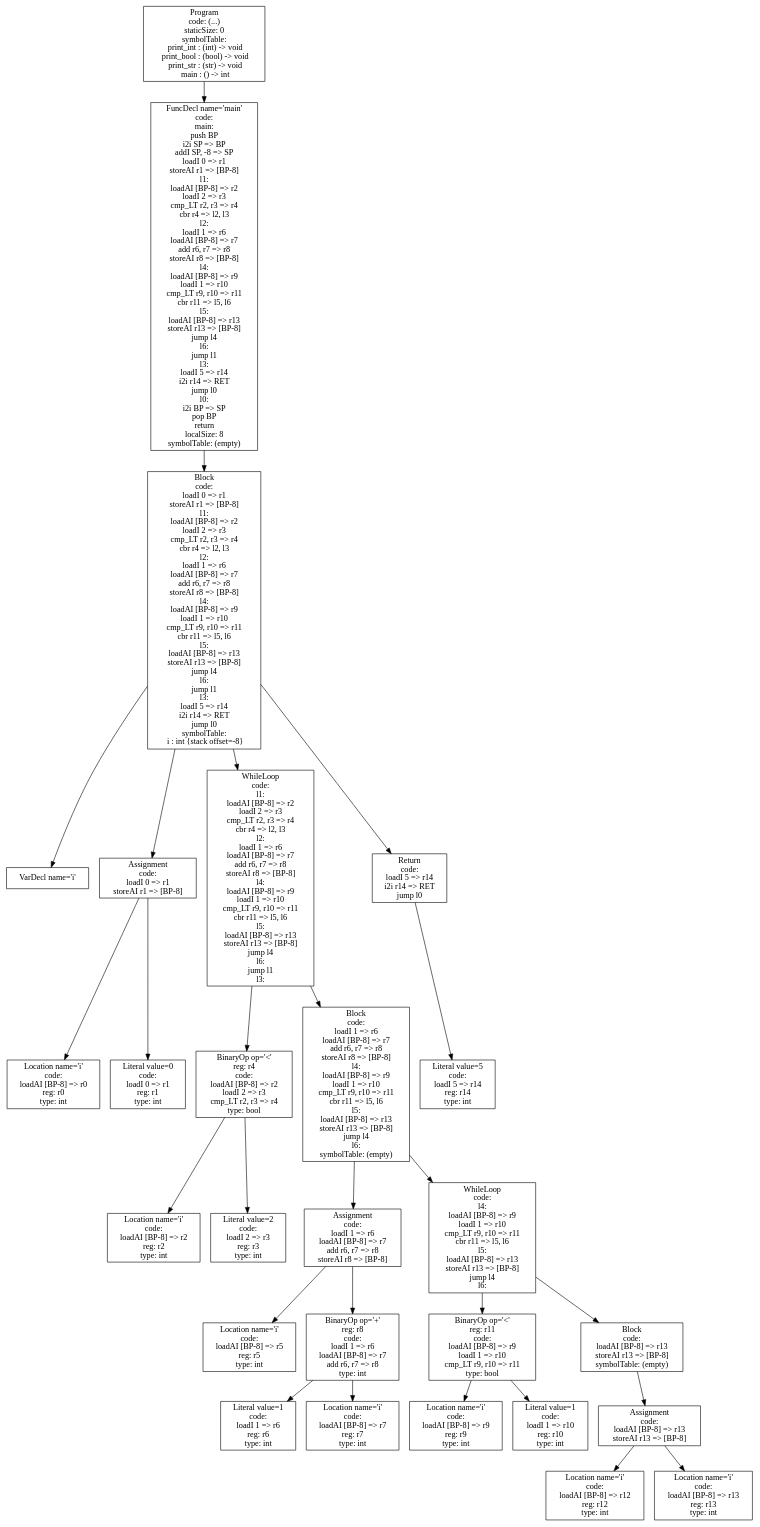
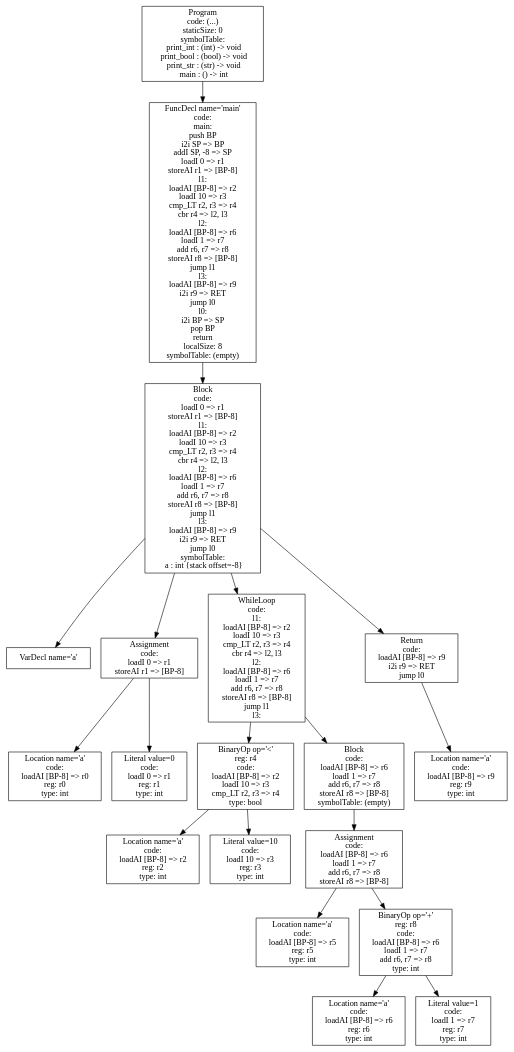
The diagram in p4-codegen/ast.dot (tran3jm/f22_compilers), drawn with Graphviz before and after one commit. The commit also changed 14 other files, not shown here.

```diff
--- a/p4-codegen/ast.dot
+++ b/p4-codegen/ast.dot
@@ -1,55 +1,39 @@
 digraph AST {
-3 [shape=box, label="VarDecl name='i'"];
-5 [shape=box, label="Location name='i'\ncode: \nloadAI [BP-8] => r0\nreg: r0\ntype: int"];
+3 [shape=box, label="VarDecl name='a'"];
+5 [shape=box, label="Location name='a'\ncode: \nloadAI [BP-8] => r0\nreg: r0\ntype: int"];
 6 [shape=box, label="Literal value=0\ncode: \nloadI 0 => r1\nreg: r1\ntype: int"];
 4 [shape=box, label="Assignment\ncode: \nloadI 0 => r1\nstoreAI r1 => [BP-8]"];
 4 -> 5;
 4 -> 6;
-9 [shape=box, label="Location name='i'\ncode: \nloadAI [BP-8] => r2\nreg: r2\ntype: int"];
-10 [shape=box, label="Literal value=2\ncode: \nloadI 2 => r3\nreg: r3\ntype: int"];
-8 [shape=box, label="BinaryOp op='<'\nreg: r4\ncode: \nloadAI [BP-8] => r2\nloadI 2 => r3\ncmp_LT r2, r3 => r4\ntype: bool"];
+9 [shape=box, label="Location name='a'\ncode: \nloadAI [BP-8] => r2\nreg: r2\ntype: int"];
+10 [shape=box, label="Literal value=10\ncode: \nloadI 10 => r3\nreg: r3\ntype: int"];
+8 [shape=box, label="BinaryOp op='<'\nreg: r4\ncode: \nloadAI [BP-8] => r2\nloadI 10 => r3\ncmp_LT r2, r3 => r4\ntype: bool"];
 8 -> 9;
 8 -> 10;
-13 [shape=box, label="Location name='i'\ncode: \nloadAI [BP-8] => r5\nreg: r5\ntype: int"];
-15 [shape=box, label="Literal value=1\ncode: \nloadI 1 => r6\nreg: r6\ntype: int"];
-16 [shape=box, label="Location name='i'\ncode: \nloadAI [BP-8] => r7\nreg: r7\ntype: int"];
-14 [shape=box, label="BinaryOp op='+'\nreg: r8\ncode: \nloadI 1 => r6\nloadAI [BP-8] => r7\nadd r6, r7 => r8\ntype: int"];
+13 [shape=box, label="Location name='a'\ncode: \nloadAI [BP-8] => r5\nreg: r5\ntype: int"];
+15 [shape=box, label="Location name='a'\ncode: \nloadAI [BP-8] => r6\nreg: r6\ntype: int"];
+16 [shape=box, label="Literal value=1\ncode: \nloadI 1 => r7\nreg: r7\ntype: int"];
+14 [shape=box, label="BinaryOp op='+'\nreg: r8\ncode: \nloadAI [BP-8] => r6\nloadI 1 => r7\nadd r6, r7 => r8\ntype: int"];
 14 -> 15;
 14 -> 16;
-12 [shape=box, label="Assignment\ncode: \nloadI 1 => r6\nloadAI [BP-8] => r7\nadd r6, r7 => r8\nstoreAI r8 => [BP-8]"];
+12 [shape=box, label="Assignment\ncode: \nloadAI [BP-8] => r6\nloadI 1 => r7\nadd r6, r7 => r8\nstoreAI r8 => [BP-8]"];
 12 -> 13;
 12 -> 14;
-19 [shape=box, label="Location name='i'\ncode: \nloadAI [BP-8] => r9\nreg: r9\ntype: int"];
-20 [shape=box, label="Literal value=1\ncode: \nloadI 1 => r10\nreg: r10\ntype: int"];
-18 [shape=box, label="BinaryOp op='<'\nreg: r11\ncode: \nloadAI [BP-8] => r9\nloadI 1 => r10\ncmp_LT r9, r10 => r11\ntype: bool"];
-18 -> 19;
-18 -> 20;
-23 [shape=box, label="Location name='i'\ncode: \nloadAI [BP-8] => r12\nreg: r12\ntype: int"];
-24 [shape=box, label="Location name='i'\ncode: \nloadAI [BP-8] => r13\nreg: r13\ntype: int"];
-22 [shape=box, label="Assignment\ncode: \nloadAI [BP-8] => r13\nstoreAI r13 => [BP-8]"];
-22 -> 23;
-22 -> 24;
-21 [shape=box, label="Block\ncode: \nloadAI [BP-8] => r13\nstoreAI r13 => [BP-8]\nsymbolTable: (empty)"];
-21 -> 22;
-17 [shape=box, label="WhileLoop\ncode: \nl4:\nloadAI [BP-8] => r9\nloadI 1 => r10\ncmp_LT r9, r10 => r11\ncbr r11 => l5, l6\nl5:\nloadAI [BP-8] => r13\nstoreAI r13 => [BP-8]\njump l4\nl6:"];
-17 -> 18;
-17 -> 21;
-11 [shape=box, label="Block\ncode: \nloadI 1 => r6\nloadAI [BP-8] => r7\nadd r6, r7 => r8\nstoreAI r8 => [BP-8]\nl4:\nloadAI [BP-8] => r9\nloadI 1 => r10\ncmp_LT r9, r10 => r11\ncbr r11 => l5, l6\nl5:\nloadAI [BP-8] => r13\nstoreAI r13 => [BP-8]\njump l4\nl6:\nsymbolTable: (empty)"];
+11 [shape=box, label="Block\ncode: \nloadAI [BP-8] => r6\nloadI 1 => r7\nadd r6, r7 => r8\nstoreAI r8 => [BP-8]\nsymbolTable: (empty)"];
 11 -> 12;
-11 -> 17;
-7 [shape=box, label="WhileLoop\ncode: \nl1:\nloadAI [BP-8] => r2\nloadI 2 => r3\ncmp_LT r2, r3 => r4\ncbr r4 => l2, l3\nl2:\nloadI 1 => r6\nloadAI [BP-8] => r7\nadd r6, r7 => r8\nstoreAI r8 => [BP-8]\nl4:\nloadAI [BP-8] => r9\nloadI 1 => r10\ncmp_LT r9, r10 => r11\ncbr r11 => l5, l6\nl5:\nloadAI [BP-8] => r13\nstoreAI r13 => [BP-8]\njump l4\nl6:\njump l1\nl3:"];
+7 [shape=box, label="WhileLoop\ncode: \nl1:\nloadAI [BP-8] => r2\nloadI 10 => r3\ncmp_LT r2, r3 => r4\ncbr r4 => l2, l3\nl2:\nloadAI [BP-8] => r6\nloadI 1 => r7\nadd r6, r7 => r8\nstoreAI r8 => [BP-8]\njump l1\nl3:"];
 7 -> 8;
 7 -> 11;
-26 [shape=box, label="Literal value=5\ncode: \nloadI 5 => r14\nreg: r14\ntype: int"];
-25 [shape=box, label="Return\ncode: \nloadI 5 => r14\ni2i r14 => RET\njump l0"];
-25 -> 26;
-2 [shape=box, label="Block\ncode: \nloadI 0 => r1\nstoreAI r1 => [BP-8]\nl1:\nloadAI [BP-8] => r2\nloadI 2 => r3\ncmp_LT r2, r3 => r4\ncbr r4 => l2, l3\nl2:\nloadI 1 => r6\nloadAI [BP-8] => r7\nadd r6, r7 => r8\nstoreAI r8 => [BP-8]\nl4:\nloadAI [BP-8] => r9\nloadI 1 => r10\ncmp_LT r9, r10 => r11\ncbr r11 => l5, l6\nl5:\nloadAI [BP-8] => r13\nstoreAI r13 => [BP-8]\njump l4\nl6:\njump l1\nl3:\nloadI 5 => r14\ni2i r14 => RET\njump l0\nsymbolTable: \n  i : int {stack offset=-8}"];
+18 [shape=box, label="Location name='a'\ncode: \nloadAI [BP-8] => r9\nreg: r9\ntype: int"];
+17 [shape=box, label="Return\ncode: \nloadAI [BP-8] => r9\ni2i r9 => RET\njump l0"];
+17 -> 18;
+2 [shape=box, label="Block\ncode: \nloadI 0 => r1\nstoreAI r1 => [BP-8]\nl1:\nloadAI [BP-8] => r2\nloadI 10 => r3\ncmp_LT r2, r3 => r4\ncbr r4 => l2, l3\nl2:\nloadAI [BP-8] => r6\nloadI 1 => r7\nadd r6, r7 => r8\nstoreAI r8 => [BP-8]\njump l1\nl3:\nloadAI [BP-8] => r9\ni2i r9 => RET\njump l0\nsymbolTable: \n  a : int {stack offset=-8}"];
 2 -> 3;
 2 -> 4;
 2 -> 7;
-2 -> 25;
-1 [shape=box, label="FuncDecl name='main'\ncode: \nmain:\npush BP\ni2i SP => BP\naddI SP, -8 => SP\nloadI 0 => r1\nstoreAI r1 => [BP-8]\nl1:\nloadAI [BP-8] => r2\nloadI 2 => r3\ncmp_LT r2, r3 => r4\ncbr r4 => l2, l3\nl2:\nloadI 1 => r6\nloadAI [BP-8] => r7\nadd r6, r7 => r8\nstoreAI r8 => [BP-8]\nl4:\nloadAI [BP-8] => r9\nloadI 1 => r10\ncmp_LT r9, r10 => r11\ncbr r11 => l5, l6\nl5:\nloadAI [BP-8] => r13\nstoreAI r13 => [BP-8]\njump l4\nl6:\njump l1\nl3:\nloadI 5 => r14\ni2i r14 => RET\njump l0\nl0:\ni2i BP => SP\npop BP\nreturn\nlocalSize: 8\nsymbolTable: (empty)"];
+2 -> 17;
+1 [shape=box, label="FuncDecl name='main'\ncode: \nmain:\npush BP\ni2i SP => BP\naddI SP, -8 => SP\nloadI 0 => r1\nstoreAI r1 => [BP-8]\nl1:\nloadAI [BP-8] => r2\nloadI 10 => r3\ncmp_LT r2, r3 => r4\ncbr r4 => l2, l3\nl2:\nloadAI [BP-8] => r6\nloadI 1 => r7\nadd r6, r7 => r8\nstoreAI r8 => [BP-8]\njump l1\nl3:\nloadAI [BP-8] => r9\ni2i r9 => RET\njump l0\nl0:\ni2i BP => SP\npop BP\nreturn\nlocalSize: 8\nsymbolTable: (empty)"];
 1 -> 2;
 0 [shape=box, label="Program\ncode: (...)\nstaticSize: 0\nsymbolTable: \n  print_int : (int) -> void\n  print_bool : (bool) -> void\n  print_str : (str) -> void\n  main : () -> int"];
 0 -> 1;
 }
```
